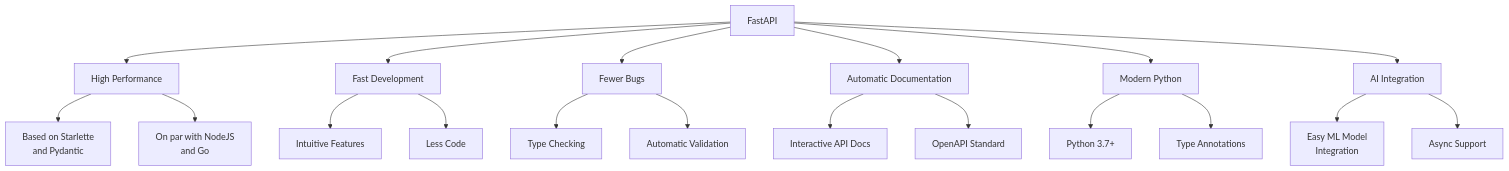
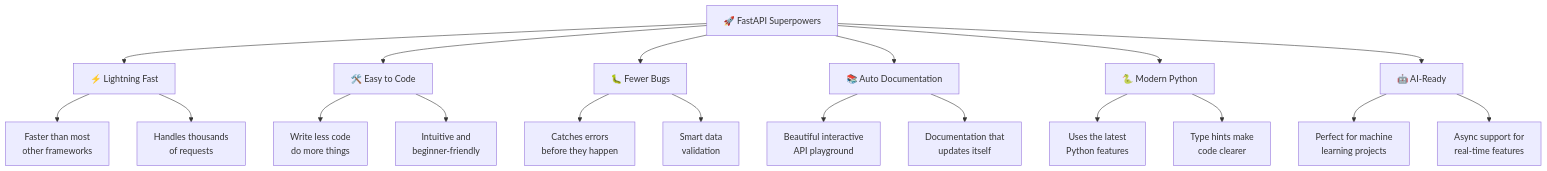
The first of 2 diagrams in 01-introduction/README.md (balupeddireddy08/FastAPI-for-AI-Projects), drawn with Mermaid before and after one commit. The commit also changed other lines of this file and 4 other files, not shown here.

````diff
--- a/01-introduction/README.md
+++ b/01-introduction/README.md
@@ -14,27 +21,27 @@
 ```mermaid
 graph TD
-    A[FastAPI] --> B[High Performance]
-    A --> C[Fast Development]
-    A --> D[Fewer Bugs]
-    A --> E[Automatic Documentation]
-    A --> F[Modern Python]
-    A --> G[AI Integration]
+    A[🚀 FastAPI Superpowers] --> B[⚡ Lightning Fast]
+    A --> C[🛠️ Easy to Code]
+    A --> D[🐛 Fewer Bugs]
+    A --> E[📚 Auto Documentation]
+    A --> F[🐍 Modern Python]
+    A --> G[🤖 AI-Ready]
     
-    B --> B1[Based on Starlette<br/>and Pydantic]
-    B --> B2[On par with NodeJS<br/>and Go]
+    B --> B1[Faster than most<br/>other frameworks]
+    B --> B2[Handles thousands<br/>of requests]
     
-    C --> C1[Intuitive Features]
-    C --> C2[Less Code]
+    C --> C1[Write less code<br/>do more things]
+    C --> C2[Intuitive and<br/>beginner-friendly]
     
-    D --> D1[Type Checking]
-    D --> D2[Automatic Validation]
+    D --> D1[Catches errors<br/>before they happen]
+    D --> D2[Smart data<br/>validation]
     
-    E --> E1[Interactive API Docs]
-    E --> E2[OpenAPI Standard]
+    E --> E1[Beautiful interactive<br/>API playground]
+    E --> E2[Documentation that<br/>updates itself]
     
-    F --> F1[Python 3.7+]
-    F --> F2[Type Annotations]
+    F --> F1[Uses the latest<br/>Python features]
+    F --> F2[Type hints make<br/>code clearer]
     
-    G --> G1[Easy ML Model<br/>Integration]
-    G --> G2[Async Support]
+    G --> G1[Perfect for machine<br/>learning projects]
+    G --> G2[Async support for<br/>real-time features]
 ```
````
